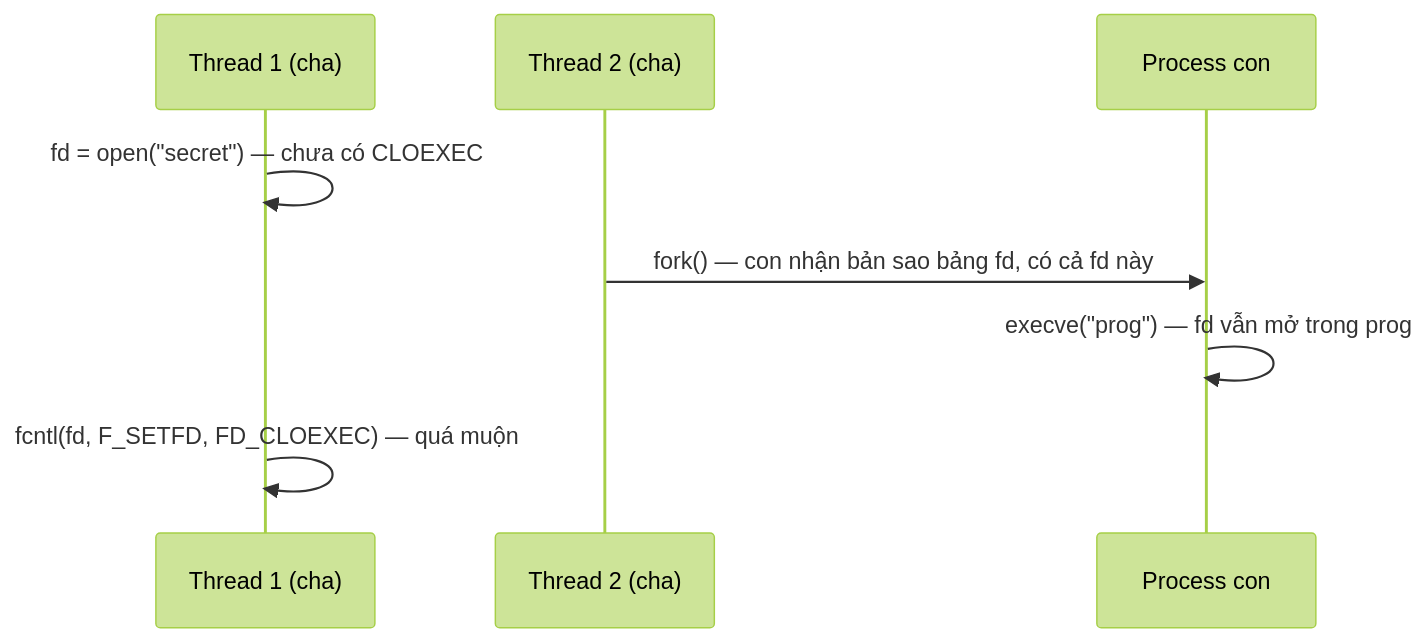
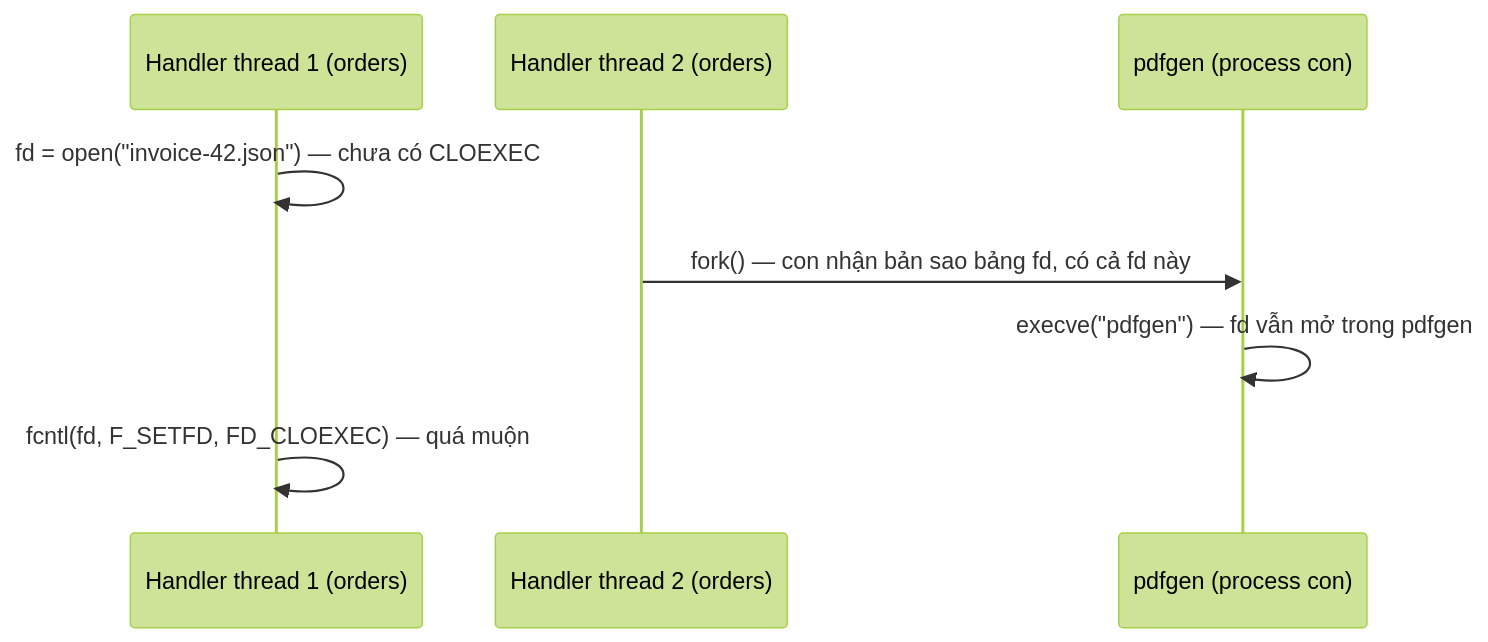
One commit to pirumu/irust changed the second of 2 diagrams in docs/01-linux/04-file-descriptor-va-vfs.md. Above: the diagram before and after it, drawn with Mermaid (forest theme). The commit also changed other lines of this file and 27 other files, not shown here.

````diff
--- a/docs/01-linux/04-file-descriptor-va-vfs.md
+++ b/docs/01-linux/04-file-descriptor-va-vfs.md
@@ -171,10 +186,10 @@
 ```mermaid
 sequenceDiagram
-  participant T1 as Thread 1 (cha)
-  participant T2 as Thread 2 (cha)
-  participant C as Process con
-  T1->>T1: fd = open("secret") — chưa có CLOEXEC
+  participant T1 as Handler thread 1 (orders)
+  participant T2 as Handler thread 2 (orders)
+  participant C as pdfgen (process con)
+  T1->>T1: fd = open("invoice-42.json") — chưa có CLOEXEC
   T2->>C: fork() — con nhận bản sao bảng fd, có cả fd này
-  C->>C: execve("prog") — fd vẫn mở trong prog
+  C->>C: execve("pdfgen") — fd vẫn mở trong pdfgen
   T1->>T1: fcntl(fd, F_SETFD, FD_CLOEXEC) — quá muộn
 ```
````
